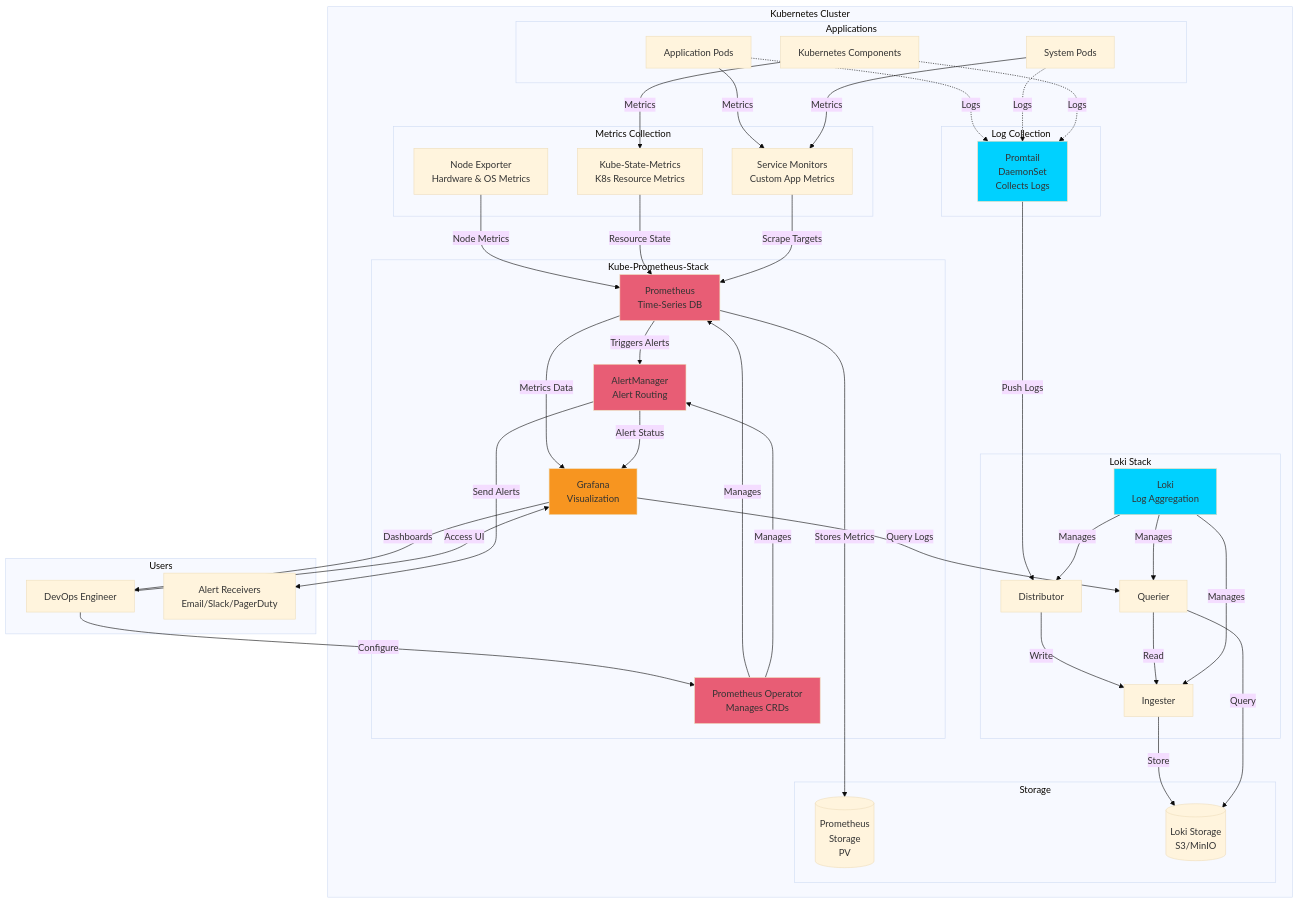
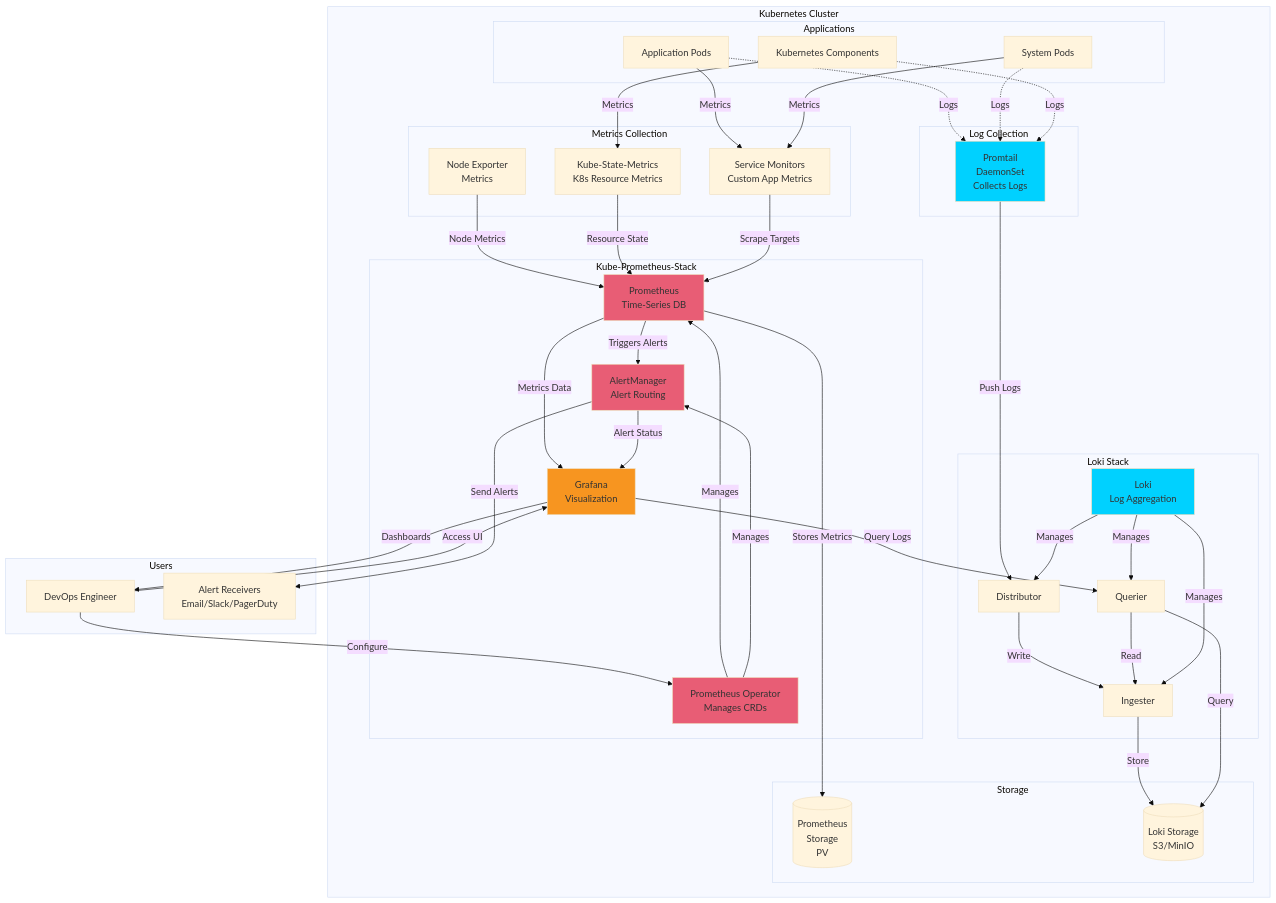
The diagram in content/kubernetes/observability.md (safespring/docs), drawn with Mermaid (base theme) before and after one commit. The commit also changed other lines of this file, not shown here.

```diff
--- a/content/kubernetes/observability.md
+++ b/content/kubernetes/observability.md
@@ -36,7 +36,7 @@
         end
         
         subgraph "Metrics Collection"
-            NE[Node Exporter<br/>Hardware & OS Metrics]
+            NE[Node Exporter<br/>Metrics]
             KSM[Kube-State-Metrics<br/>K8s Resource Metrics]
             SM[Service Monitors<br/>Custom App Metrics]
         end
```
